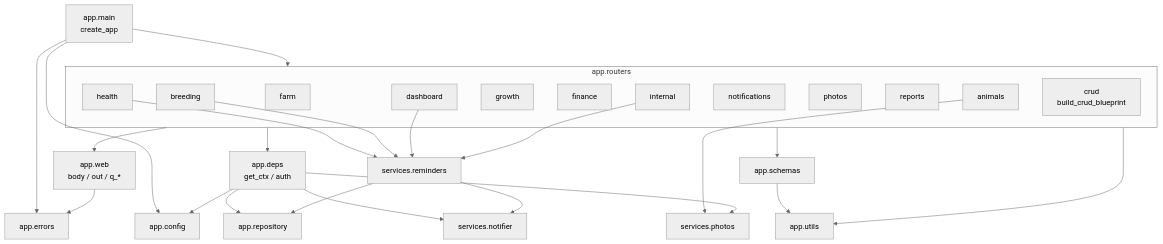
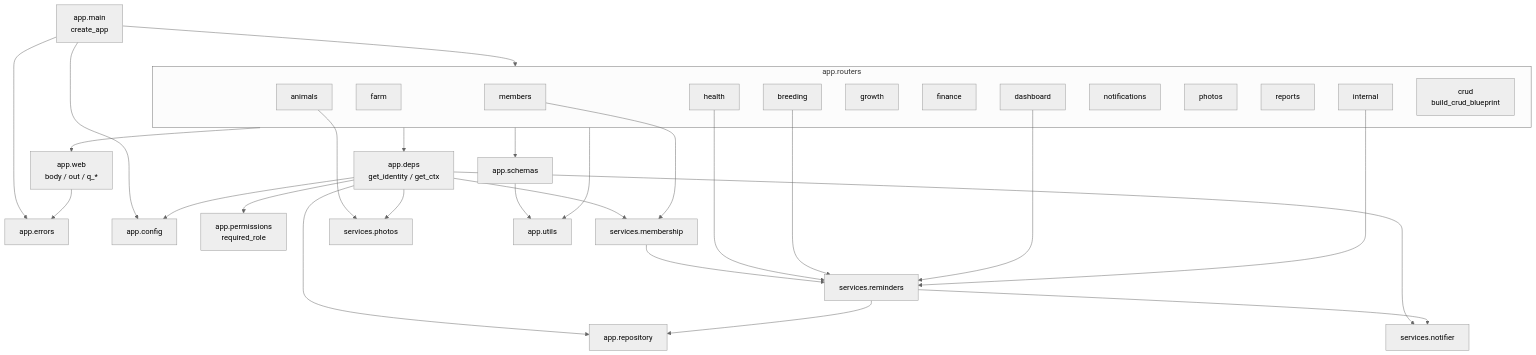
One commit to haythoum/farmivo_backend changed the diagram in docs/CODE_REFERENCE.md. Above: the diagram before and after it, drawn with Mermaid (neutral theme). The commit also changed other lines of this file and 9 other files, not shown here.

First line of the commit message:
Docs: farm members and roles (ROLES_AND_MEMBERS.md), API contract, data model, flows with real examples, system guide, code reference, decisions

````diff
--- a/docs/CODE_REFERENCE.md
+++ b/docs/CODE_REFERENCE.md
@@ -30,25 +31,29 @@
 ```mermaid
 flowchart TD
   main[app.main<br/>create_app] --> routers
   main --> errors[app.errors]
   main --> config[app.config]
   subgraph routers[app.routers]
-    farm & animals & health & breeding & growth & finance & dashboard & notifications & photos & reports & internal
+    members & farm & animals & health & breeding & growth & finance & dashboard & notifications & photos & reports & internal
     crud[crud<br/>build_crud_blueprint]
   end
-  routers --> deps[app.deps<br/>get_ctx / auth]
+  routers --> deps[app.deps<br/>get_identity / get_ctx]
+  deps --> perms[app.permissions<br/>required_role]
+  deps --> membership[services.membership]
+  members --> membership
+  membership --> reminders
   routers --> web[app.web<br/>body / out / q_*]
   routers --> schemas[app.schemas]
   health & breeding & dashboard --> reminders[services.reminders]
   internal --> reminders
   animals --> photosvc[services.photos]
   deps --> repo[app.repository]
   deps --> notifier[services.notifier]
   deps --> photosvc
   reminders --> repo
   reminders --> notifier
   deps --> config
   web --> errors
   schemas --> utils[app.utils]
   routers --> utils
 ```
````
